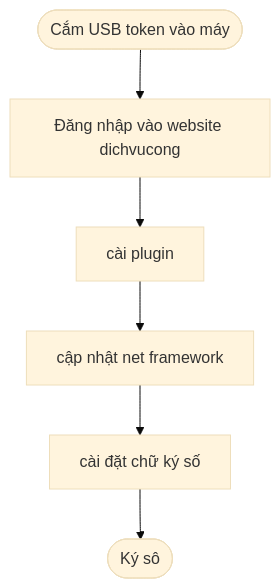
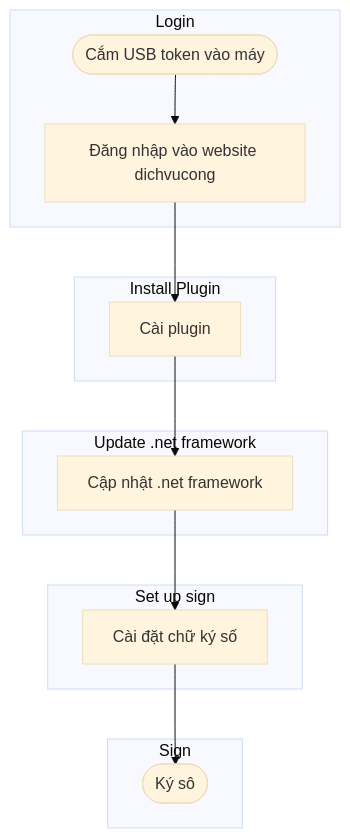
One commit to ramboviking/stat changed the diagram in innovation/retrieve.md. Above: the diagram before and after it, drawn with Mermaid (base theme).

````diff
--- a/innovation/retrieve.md
+++ b/innovation/retrieve.md
@@ -4,8 +4,18 @@
 ```mermaid
   graph TD;
-    A([Cắm USB token vào máy])-->B[Đăng nhập vào website dichvucong];
-    B-->C[cài plugin];
-    C-->D[cập nhật net framework];
-    D-->E[cài đặt chữ ký số];
-    E-->F([Ký sô]);
+    subgraph Login
+      A([Cắm USB token vào máy]) --> B[Đăng nhập vào website dichvucong];
+    end
+    subgraph Install Plugin
+      B --> C[Cài plugin];
+    end
+    subgraph Update .net framework
+      C --> D[Cập nhật .net framework];
+    end
+    subgraph Set up sign
+      D --> E[Cài đặt chữ ký số];
+    end
+    subgraph Sign
+      E --> F([Ký sô]);
+    end
 ```
````
